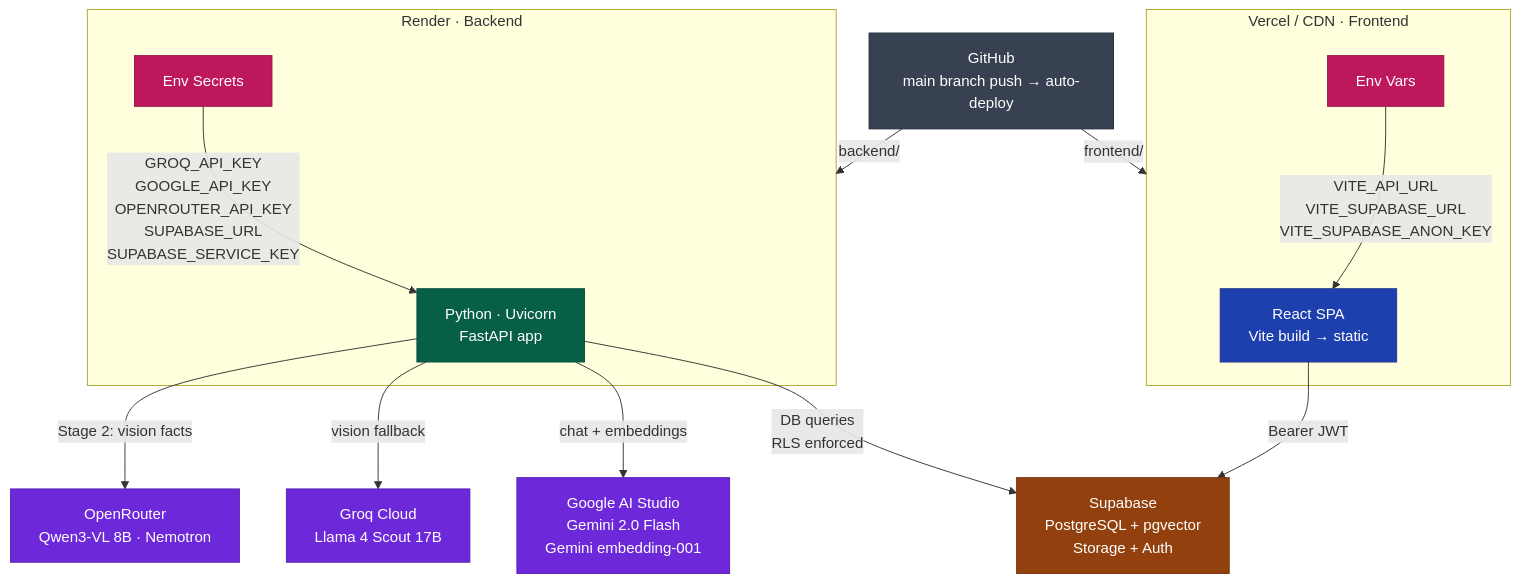
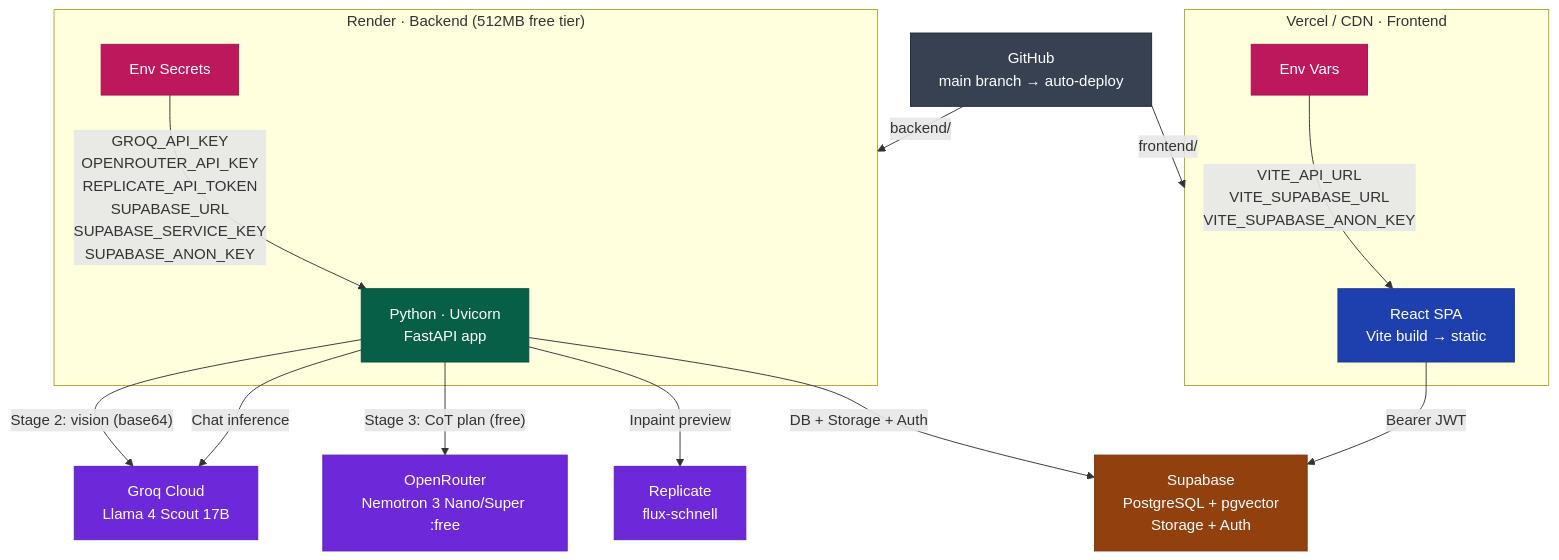
Before and after one commit to appliedintellligence-cmd/Task-AI: the ninth of 9 diagrams in ARCHITECTURE.md, drawn with Mermaid. The commit also changed other lines of this file and 1 other file, not shown here.

First line of the commit message:
docs: update ARCHITECTURE.md and README.md to reflect current stack

````diff
--- a/ARCHITECTURE.md
+++ b/ARCHITECTURE.md
@@ -452,32 +409,33 @@
 ```mermaid
 flowchart TD
     classDef git    fill:#374151,stroke:#1F2937,color:#fff
     classDef render fill:#065F46,stroke:#064E3B,color:#fff
     classDef cdn    fill:#1E40AF,stroke:#1E3A8A,color:#fff
     classDef ext    fill:#6D28D9,stroke:#5B21B6,color:#fff
     classDef db     fill:#92400E,stroke:#78350F,color:#fff
     classDef secret fill:#BE185D,stroke:#9D174D,color:#fff
 
-    GH["GitHub<br/>main branch push → auto-deploy"]:::git
+    GH["GitHub<br/>main branch → auto-deploy"]:::git
 
     GH -->|"backend/"| RENDER
     GH -->|"frontend/"| VERCEL
 
-    subgraph RENDER["Render · Backend"]
+    subgraph RENDER["Render · Backend (512MB free tier)"]
         R1["Python · Uvicorn<br/>FastAPI app"]:::render
         R2["Env Secrets"]:::secret
-        R2 -->|"GROQ_API_KEY<br/>GOOGLE_API_KEY<br/>OPENROUTER_API_KEY<br/>SUPABASE_URL<br/>SUPABASE_SERVICE_KEY"| R1
+        R2 -->|"GROQ_API_KEY<br/>OPENROUTER_API_KEY<br/>REPLICATE_API_TOKEN<br/>SUPABASE_URL<br/>SUPABASE_SERVICE_KEY<br/>SUPABASE_ANON_KEY"| R1
     end
 
     subgraph VERCEL["Vercel / CDN · Frontend"]
         V1["React SPA<br/>Vite build → static"]:::cdn
         V2["Env Vars"]:::secret
         V2 -->|"VITE_API_URL<br/>VITE_SUPABASE_URL<br/>VITE_SUPABASE_ANON_KEY"| V1
     end
 
-    R1 -->|"Stage 2: vision facts"| OR["OpenRouter<br/>Qwen3-VL 8B · Nemotron"]:::ext
-    R1 -->|"vision fallback"| GR["Groq Cloud<br/>Llama 4 Scout 17B"]:::ext
-    R1 -->|"chat + embeddings"| GAI["Google AI Studio<br/>Gemini 2.0 Flash<br/>Gemini embedding-001"]:::ext
-    R1 -->|"DB queries<br/>RLS enforced"| SB["Supabase<br/>PostgreSQL + pgvector<br/>Storage + Auth"]:::db
+    R1 -->|"Stage 2: vision (base64)"| GR["Groq Cloud<br/>Llama 4 Scout 17B"]:::ext
+    R1 -->|"Stage 3: CoT plan (free)"| OR["OpenRouter<br/>Nemotron 3 Nano/Super :free"]:::ext
+    R1 -->|"Chat inference"| GR
+    R1 -->|"Inpaint preview"| REP["Replicate<br/>flux-schnell"]:::ext
+    R1 -->|"DB + Storage + Auth"| SB["Supabase<br/>PostgreSQL + pgvector<br/>Storage + Auth"]:::db
     V1 -->|"Bearer JWT"| SB
 ```
````
